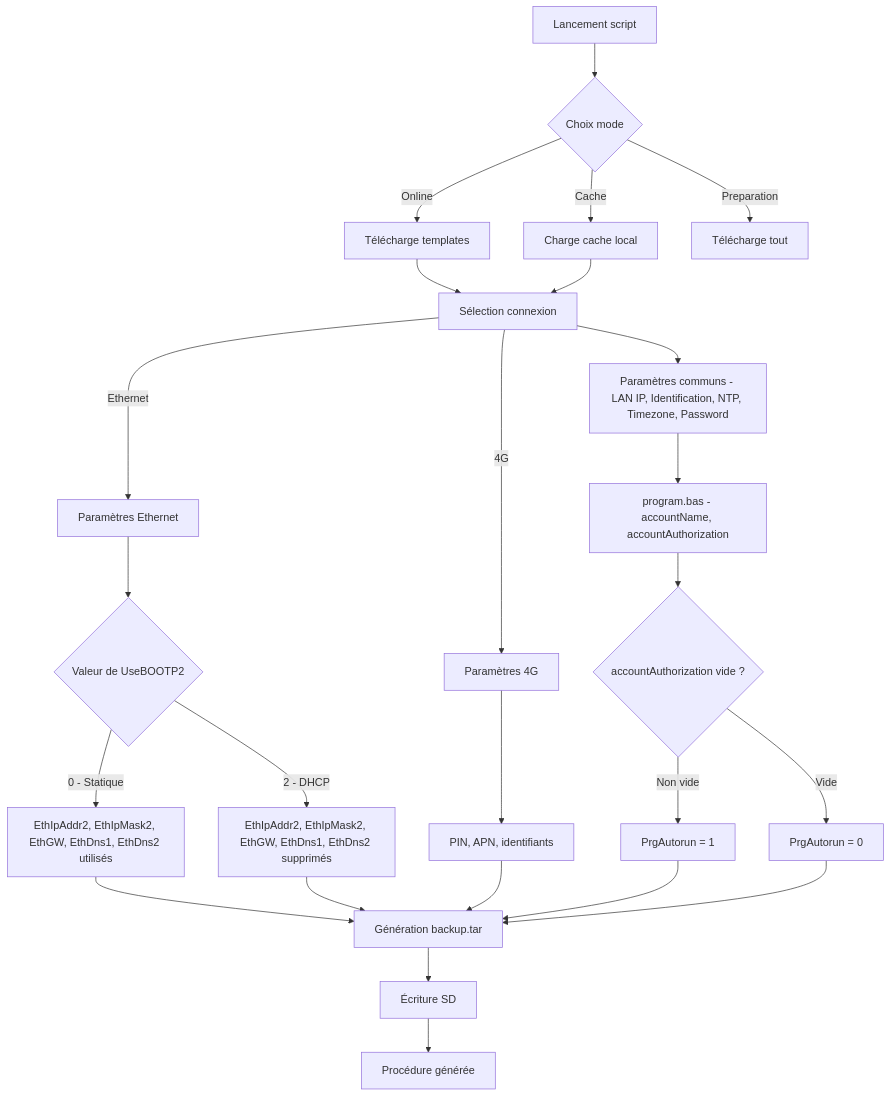
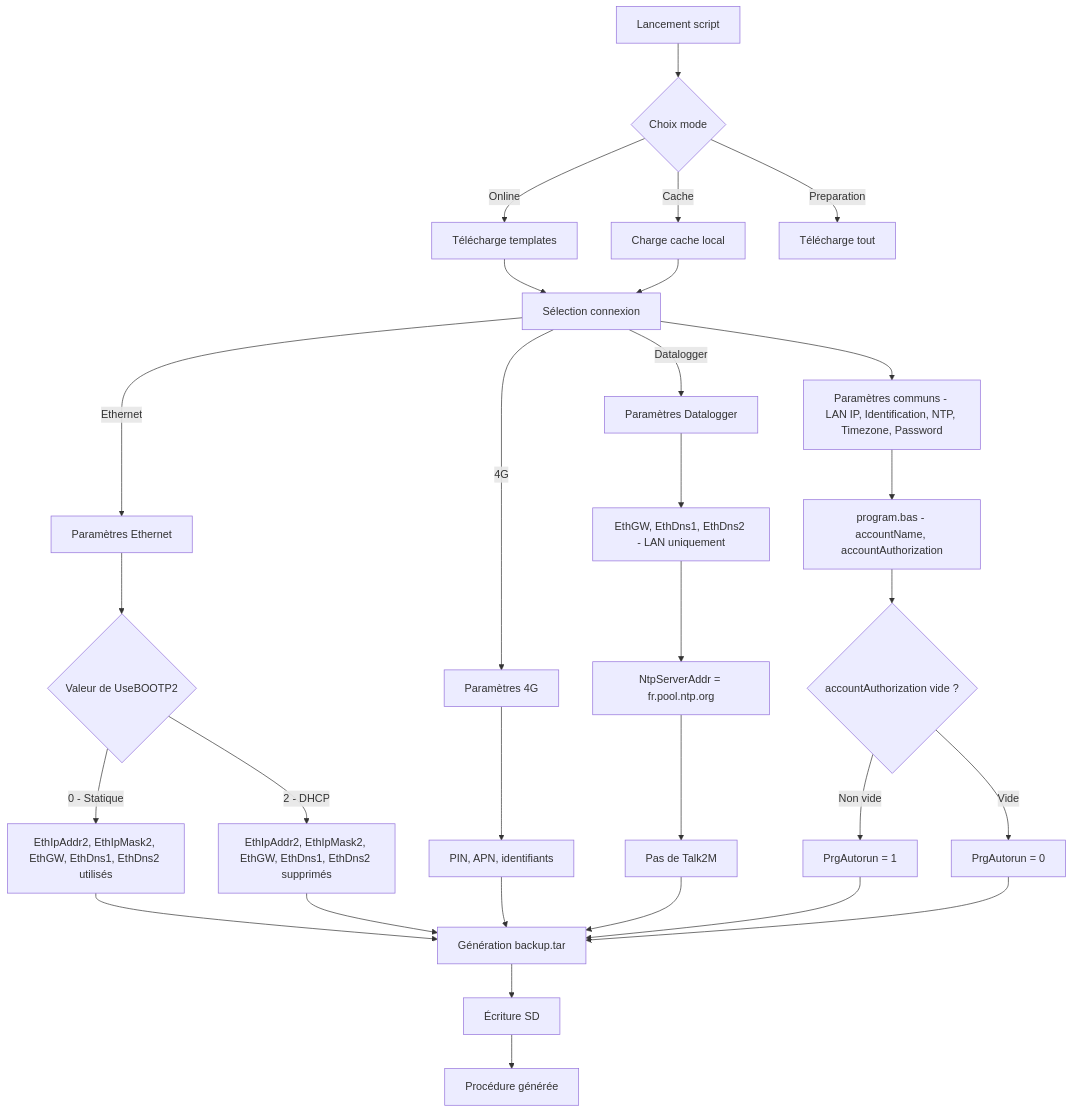
The diagram in README.md (JohannPx/ewon-flexy-config), drawn with Mermaid before and after one commit. The commit also changed other lines of this file and 4 other files, not shown here.

First line of the commit message:
feat: ajouter le mode Datalogger (LAN uniquement)

````diff
--- a/README.md
+++ b/README.md
@@ -135,41 +137,48 @@
 ```mermaid
 graph TD
     A[Lancement script] --> B{Choix mode}
     B -->|Online| C[Télécharge templates]
     B -->|Cache| D[Charge cache local]
     B -->|Preparation| E[Télécharge tout]
 
     C --> F[Sélection connexion]
     D --> F
 
     F -->|Ethernet| G[Paramètres Ethernet]
     F -->|4G| H[Paramètres 4G]
+    F -->|Datalogger| DL[Paramètres Datalogger]
 
     %% Ethernet dynamique
     G --> I{Valeur de UseBOOTP2}
     I -->|0 - Statique| J[EthIpAddr2, EthIpMask2, EthGW, EthDns1, EthDns2 utilisés]
     I -->|2 - DHCP| K[EthIpAddr2, EthIpMask2, EthGW, EthDns1, EthDns2 supprimés]
 
     %% 4G dynamique
     H --> L[PIN, APN, identifiants]
+
+    %% Datalogger dynamique
+    DL --> DLP[EthGW, EthDns1, EthDns2 - LAN uniquement]
+    DLP --> DLN[NtpServerAddr = fr.pool.ntp.org]
+    DLN --> DLT[Pas de Talk2M]
 
     %% Paramètre program.bas
     F --> M[Paramètres communs - LAN IP, Identification, NTP, Timezone, Password]
     M --> N[program.bas - accountName, accountAuthorization]
 
     %% Lien vers PrgAutorun
     N --> O{accountAuthorization vide ?}
     O -->|Non vide| P[PrgAutorun = 1]
     O -->|Vide| Q[PrgAutorun = 0]
 
     %% Convergence
     J --> R[Génération backup.tar]
     K --> R
     L --> R
+    DLT --> R
     P --> R
     Q --> R
 
     R --> S[Écriture SD]
     S --> T[Procédure générée]
 
 ```
````
